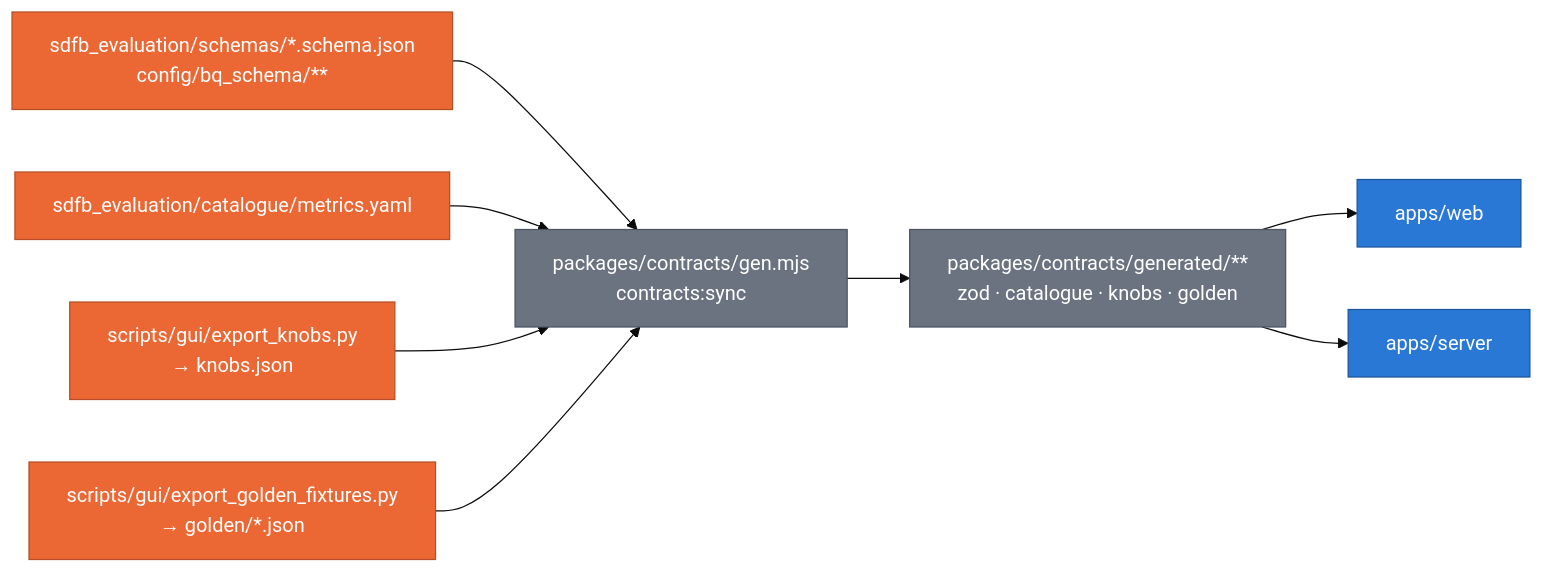
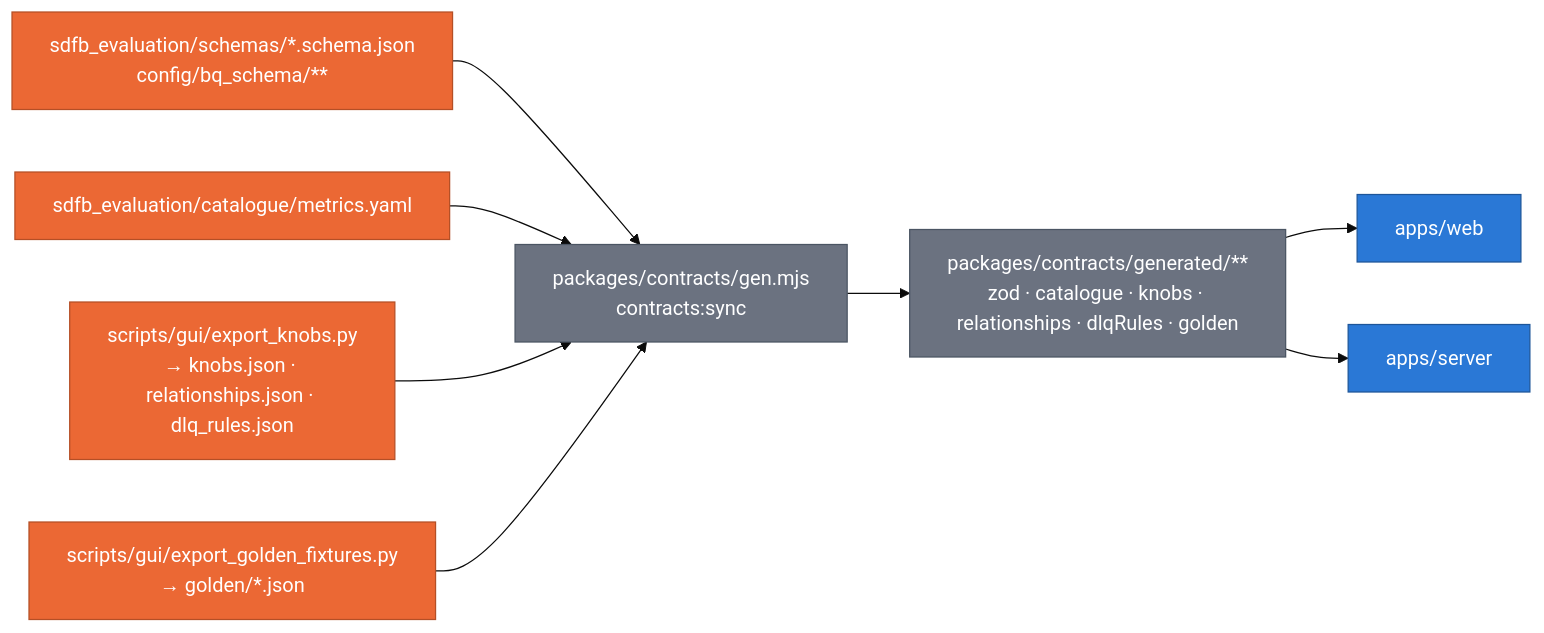
Before and after one commit to albertols/synthetic-llm-dataflow-bigquery: the diagram in gui/docs/DATA_CONTRACTS.md, drawn with Mermaid (base theme). The commit also changed other lines of this file and 54 other files, not shown here.

First line of the commit message:
fix(gui): G0b review round 1 — µs timestamps, snapshot keys, Host guard, exported relationship model and DLQ rules

````diff
--- a/gui/docs/DATA_CONTRACTS.md
+++ b/gui/docs/DATA_CONTRACTS.md
@@ -6,17 +6,17 @@
 ```mermaid
 flowchart LR
   classDef py  fill:#eb6834,color:#fff,stroke:#b44f26
   classDef gen fill:#6b7280,color:#fff,stroke:#4b5563
   classDef use fill:#2a78d6,color:#fff,stroke:#1d5599
 
   S["sdfb_evaluation/schemas/*.schema.json<br/>config/bq_schema/**"]:::py
   C["sdfb_evaluation/catalogue/metrics.yaml"]:::py
-  K["scripts/gui/export_knobs.py<br/>→ knobs.json"]:::py
+  K["scripts/gui/export_knobs.py<br/>→ knobs.json · relationships.json · dlq_rules.json"]:::py
   G["scripts/gui/export_golden_fixtures.py<br/>→ golden/*.json"]:::py
   GEN["packages/contracts/gen.mjs<br/>contracts:sync"]:::gen
-  OUT["packages/contracts/generated/**<br/>zod · catalogue · knobs · golden"]:::gen
+  OUT["packages/contracts/generated/**<br/>zod · catalogue · knobs · relationships · dlqRules · golden"]:::gen
   WEB["apps/web"]:::use
   SRV["apps/server"]:::use
 
   S & C & K & G --> GEN --> OUT --> WEB & SRV
 ```
````
